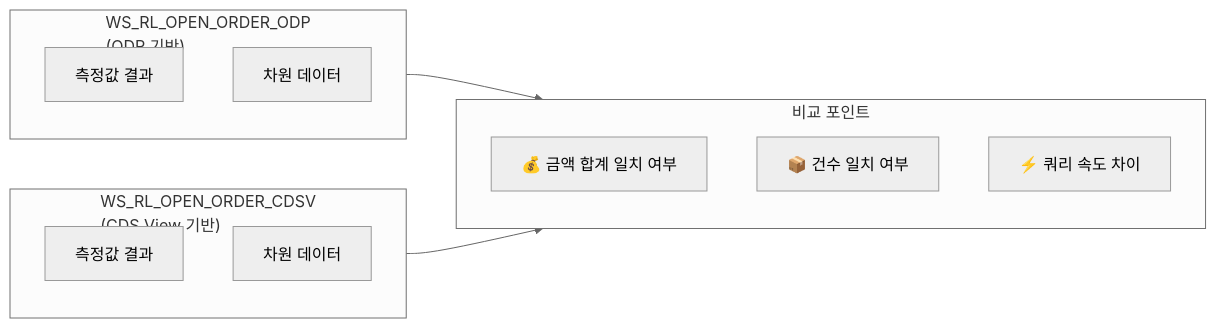
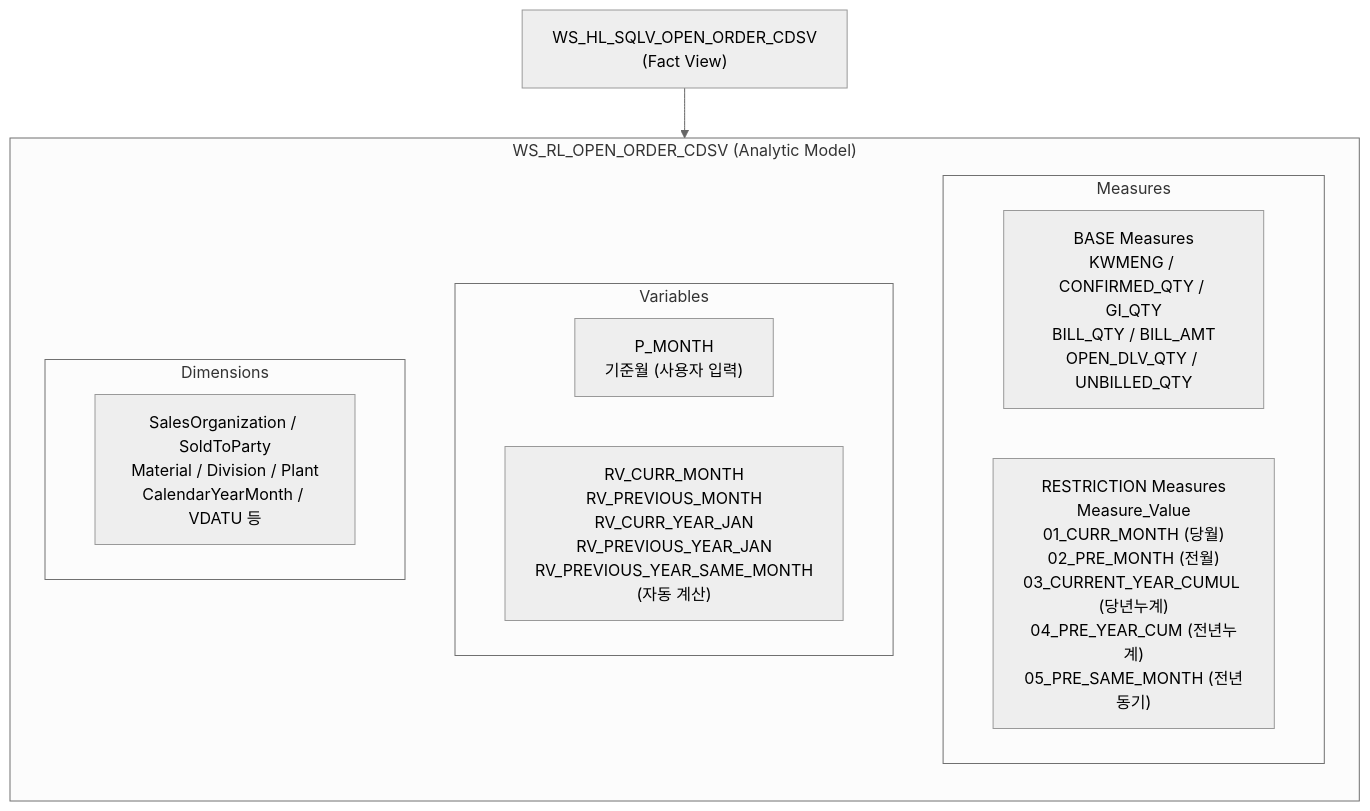
Before and after one commit to youngseols925/sap-datasphere-bdc-workshop: the third of 4 diagrams in labs/lab4b-cdsv-fact-view-am.md, drawn with Mermaid (neutral theme). The commit also changed other lines of this file and 2 other files, not shown here.

````diff
--- a/labs/lab4b-cdsv-fact-view-am.md
+++ b/labs/lab4b-cdsv-fact-view-am.md
@@ -248,21 +318,21 @@
 ```mermaid
-graph LR
-    subgraph ODP_AM["WS_RL_OPEN_ORDER_ODP\n(ODP 기반)"]
-        O_M["측정값 결과"]
-        O_D["차원 데이터"]
+graph TB
+    FV["WS_HL_SQLV_OPEN_ORDER_CDSV\n(Fact View)"]
+
+    subgraph AM["WS_RL_OPEN_ORDER_CDSV (Analytic Model)"]
+        direction TB
+        subgraph MEASURES["Measures"]
+            BASE["BASE Measures\nKWMENG / CONFIRMED_QTY / GI_QTY\nBILL_QTY / BILL_AMT\nOPEN_DLV_QTY / UNBILLED_QTY"]
+            REST["RESTRICTION Measures\nMeasure_Value\n01_CURR_MONTH (당월)\n02_PRE_MONTH (전월)\n03_CURRENT_YEAR_CUMUL (당년누계)\n04_PRE_YEAR_CUM (전년누계)\n05_PRE_SAME_MONTH (전년동기)"]
+        end
+        subgraph VARS["Variables"]
+            P["P_MONTH\n기준월 (사용자 입력)"]
+            RV["RV_CURR_MONTH\nRV_PREVIOUS_MONTH\nRV_CURR_YEAR_JAN\nRV_PREVIOUS_YEAR_JAN\nRV_PREVIOUS_YEAR_SAME_MONTH\n(자동 계산)"]
+        end
+        subgraph DIMS["Dimensions"]
+            D["SalesOrganization / SoldToParty\nMaterial / Division / Plant\nCalendarYearMonth / VDATU 등"]
+        end
     end
 
-    subgraph CDS_AM["WS_RL_OPEN_ORDER_CDSV\n(CDS View 기반)"]
-        C_M["측정값 결과"]
-        C_D["차원 데이터"]
-    end
-
-    subgraph COMPARE["비교 포인트"]
-        direction TB
-        P1["💰 금액 합계 일치 여부"]
-        P2["📦 건수 일치 여부"]
-        P3["⚡ 쿼리 속도 차이"]
-    end
-
-    ODP_AM & CDS_AM --> COMPARE
+    FV --> AM
 ```
````
